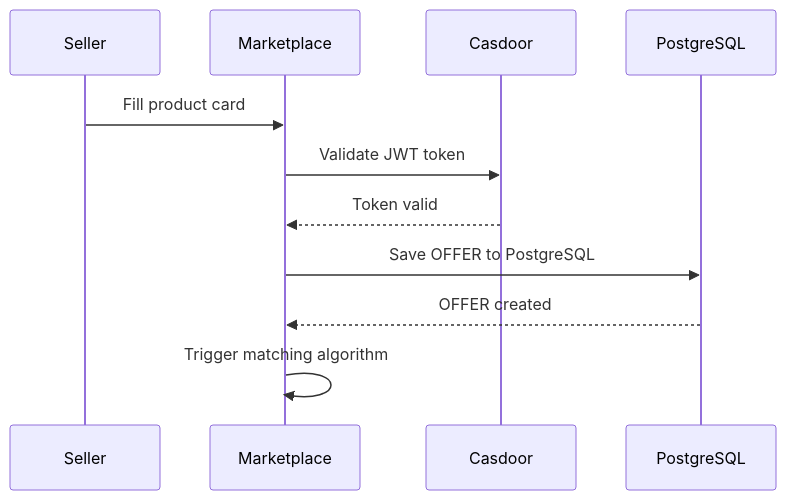
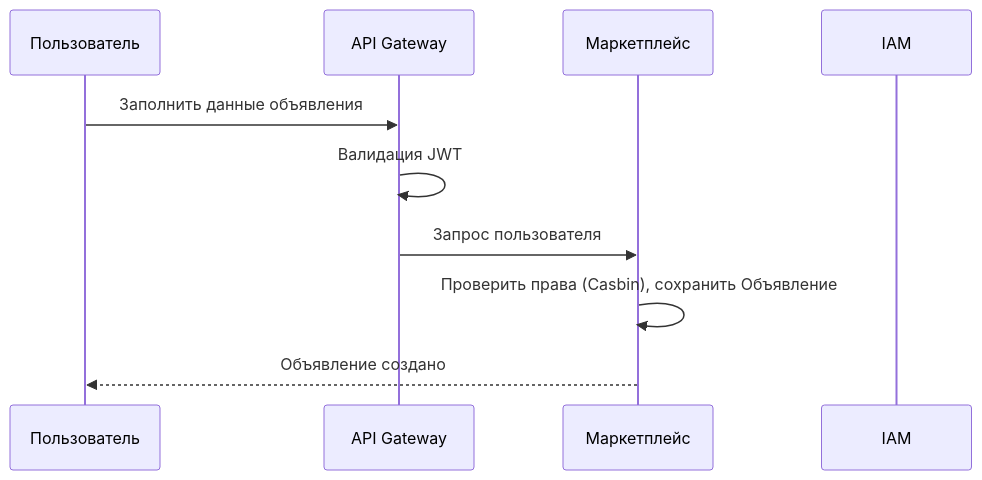
The third of 3 diagrams in docs/architecture/c4-1-system.md (otuskotlin/202602-ok-marketplace), drawn with Mermaid before and after one commit. The commit also changed other lines of this file and 6 other files, not shown here.

````diff
--- a/docs/architecture/c4-1-system.md
+++ b/docs/architecture/c4-1-system.md
@@ -52,14 +140,12 @@
 ```mermaid
 sequenceDiagram
-    participant Seller
-    participant Marketplace
-    participant Casdoor as Casdoor
-    participant DB as PostgreSQL
-    
-    Seller->>Marketplace: Fill product card
-    Marketplace->>Casdoor: Validate JWT token
-    Casdoor-->>Marketplace: Token valid
-    Marketplace->>DB: Save OFFER to PostgreSQL
-    DB-->>Marketplace: OFFER created
-    Marketplace->>Marketplace: Trigger matching algorithm
+    participant Seller as Пользователь
+    participant Gateway as API Gateway
+    participant Marketplace as Маркетплейс
+    participant iam as IAM
+    Seller ->> Gateway: Заполнить данные объявления
+    Gateway ->> Gateway: Валидация JWT
+    Gateway ->> Marketplace: Запрос пользователя
+    Marketplace ->> Marketplace: Проверить права (Casbin), сохранить Объявление
+    Marketplace -->> Seller: Объявление создано
 ```
````
